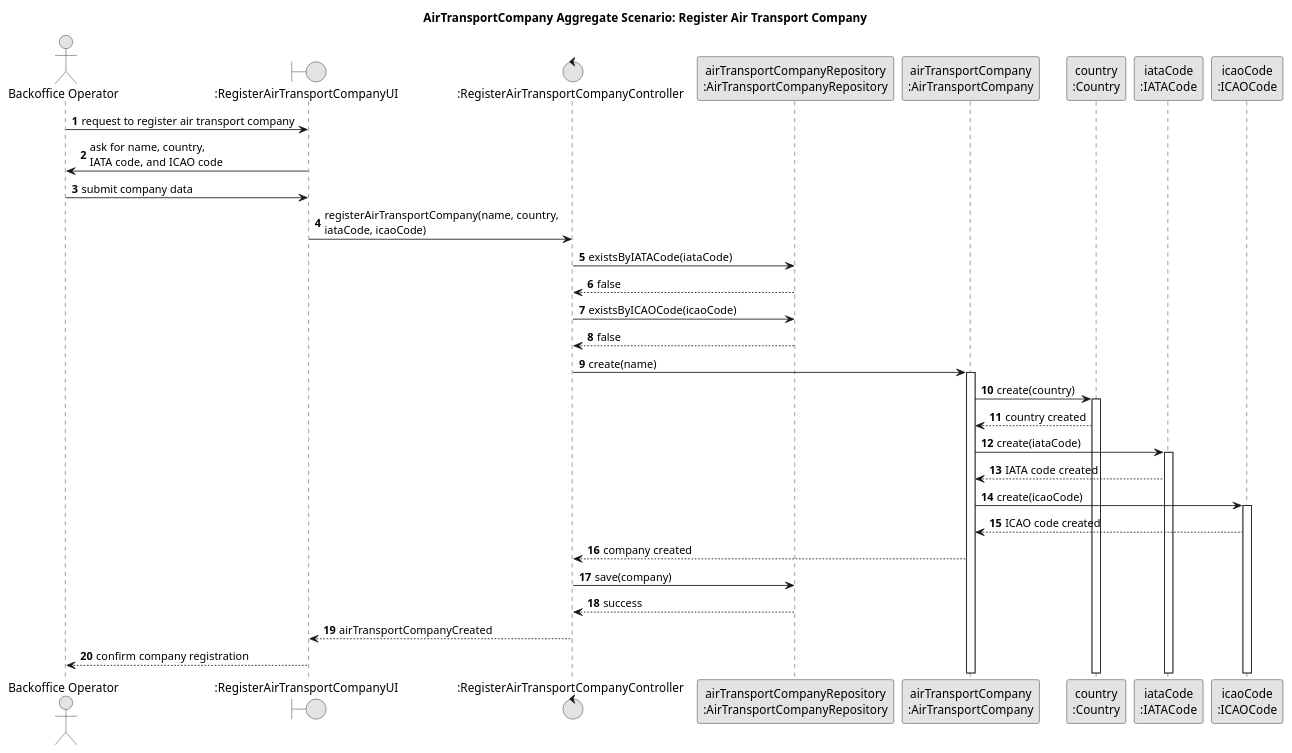
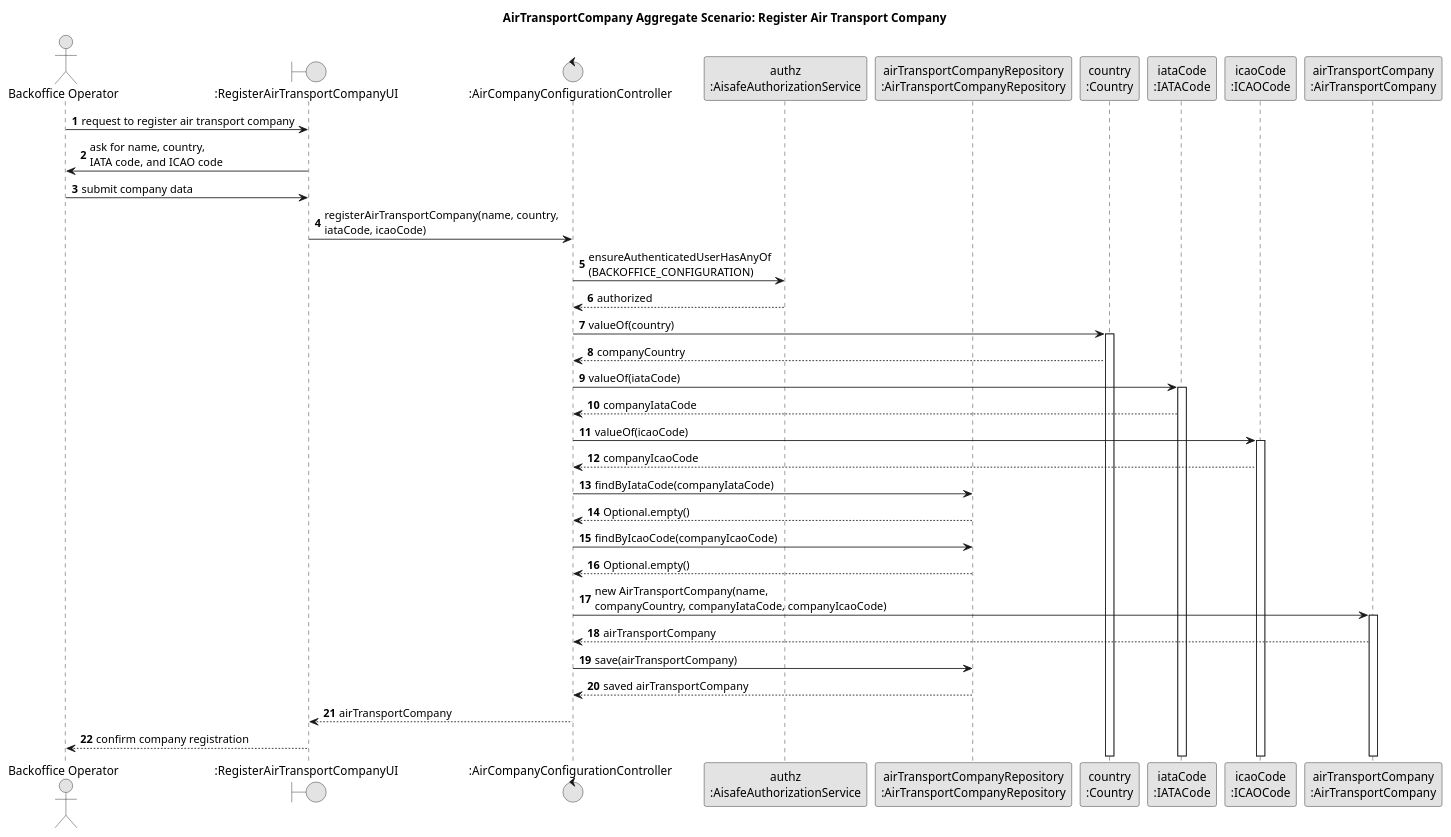
The diagram in docs/global-artifacts/03.design/puml/AirTransportCompanyAggregate-SD.puml (GustavoFerreira24/flight-management-platform), drawn with PlantUML before and after one commit. The commit also changed 10 other files, not shown here.

Commit message:
US078 (Code) - Implement Air Transport Company Collaborator remote access: add controller and operations for remote commands, define protocol for TCP communication. [#262]

```diff
--- a/docs/global-artifacts/03.design/puml/AirTransportCompanyAggregate-SD.puml
+++ b/docs/global-artifacts/03.design/puml/AirTransportCompanyAggregate-SD.puml
@@ -1,50 +1,53 @@
 @startuml
 title AirTransportCompany Aggregate Scenario: Register Air Transport Company
 
 skinparam monochrome true
 skinparam packageStyle rectangle
 skinparam shadowing false
 
 autonumber
 
 actor "Backoffice Operator" as BO
 boundary ":RegisterAirTransportCompanyUI" as UI
-control ":RegisterAirTransportCompanyController" as C
+control ":AirCompanyConfigurationController" as C
+participant "authz\n:AisafeAuthorizationService" as Authz
 participant "airTransportCompanyRepository\n:AirTransportCompanyRepository" as CompanyRepo
-participant "airTransportCompany\n:AirTransportCompany" as Company
 participant "country\n:Country" as Country
 participant "iataCode\n:IATACode" as IATACode
 participant "icaoCode\n:ICAOCode" as ICAOCode
+participant "airTransportCompany\n:AirTransportCompany" as Company
 
 BO -> UI : request to register air transport company
 UI -> BO : ask for name, country,\nIATA code, and ICAO code
 
 BO -> UI : submit company data
 UI -> C : registerAirTransportCompany(name, country,\niataCode, icaoCode)
 
-C -> CompanyRepo : existsByIATACode(iataCode)
-CompanyRepo --> C : false
+C -> Authz : ensureAuthenticatedUserHasAnyOf\n(BACKOFFICE_CONFIGURATION)
+Authz --> C : authorized
 
-C -> CompanyRepo : existsByICAOCode(icaoCode)
-CompanyRepo --> C : false
+C -> Country ++ : valueOf(country)
+Country --> C : companyCountry
 
-C -> Company ++ : create(name)
+C -> IATACode ++ : valueOf(iataCode)
+IATACode --> C : companyIataCode
 
-Company -> Country ++ : create(country)
-Country --> Company : country created
+C -> ICAOCode ++ : valueOf(icaoCode)
+ICAOCode --> C : companyIcaoCode
 
-Company -> IATACode ++ : create(iataCode)
-IATACode --> Company : IATA code created
+C -> CompanyRepo : findByIataCode(companyIataCode)
+CompanyRepo --> C : Optional.empty()
 
-Company -> ICAOCode ++ : create(icaoCode)
-ICAOCode --> Company : ICAO code created
+C -> CompanyRepo : findByIcaoCode(companyIcaoCode)
+CompanyRepo --> C : Optional.empty()
 
-Company --> C : company created
+C -> Company ++ : new AirTransportCompany(name,\ncompanyCountry, companyIataCode, companyIcaoCode)
+Company --> C : airTransportCompany
 
-C -> CompanyRepo : save(company)
-CompanyRepo --> C : success
+C -> CompanyRepo : save(airTransportCompany)
+CompanyRepo --> C : saved airTransportCompany
 
-C --> UI : airTransportCompanyCreated
+C --> UI : airTransportCompany
 UI --> BO : confirm company registration
 
 @enduml
```
